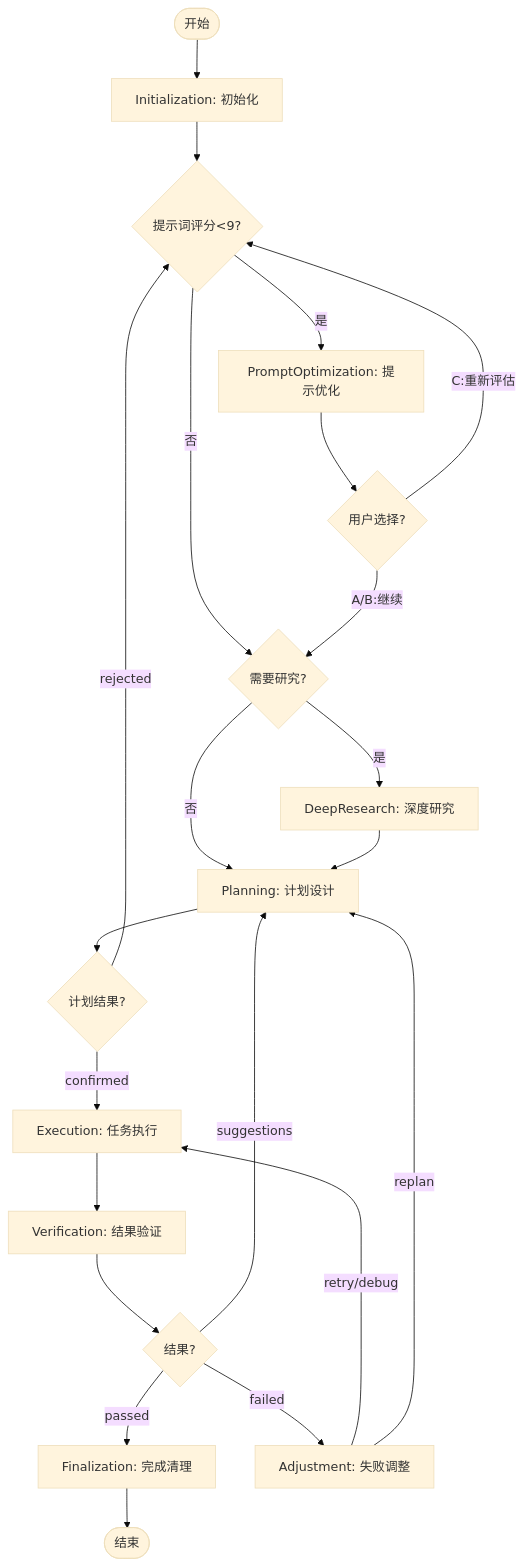
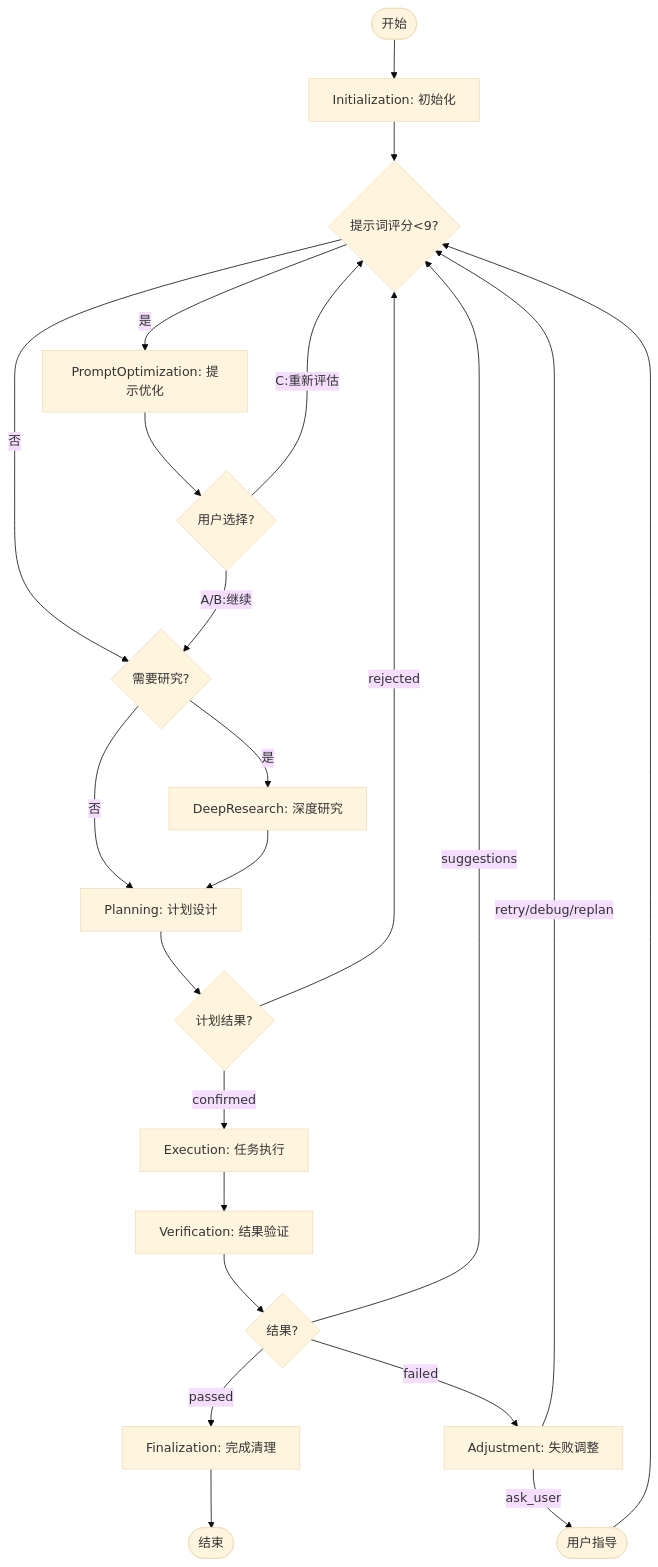
Before and after one commit to lazygophers/ccplugin: the diagram in plugins/tools/task/skills/loop/detailed-flow.md, drawn with Mermaid (base theme). The commit also changed other lines of this file and 16 other files, not shown here.

````diff
--- a/plugins/tools/task/skills/loop/detailed-flow.md
+++ b/plugins/tools/task/skills/loop/detailed-flow.md
@@ -21,24 +21,24 @@
 ```mermaid
 flowchart TD
     Start([开始]) --> Init[Initialization: 初始化]
     Init --> PromptOpt{提示词评分<9?}
     PromptOpt -->|是| PO[PromptOptimization: 提示优化]
     PromptOpt -->|否| DeepRes{需要研究?}
     PO --> UserChoice{用户选择?}
     UserChoice -->|A/B:继续| DeepRes
     UserChoice -->|C:重新评估| PromptOpt
     DeepRes -->|是| DR[DeepResearch: 深度研究]
     DeepRes -->|否| Plan[Planning: 计划设计]
     DR --> Plan
     Plan --> PlanResult{计划结果?}
     PlanResult -->|confirmed| Exec[Execution: 任务执行]
     PlanResult -->|rejected| PromptOpt
     Exec --> Verify[Verification: 结果验证]
     Verify --> Decision{结果?}
     Decision -->|passed| Final[Finalization: 完成清理]
-    Decision -->|suggestions| Plan
+    Decision -->|suggestions| PromptOpt
     Decision -->|failed| Adjust[Adjustment: 失败调整]
-    Adjust -->|retry/debug| Exec
-    Adjust -->|replan| Plan
+    Adjust -->|retry/debug/replan| PromptOpt
+    Adjust -->|ask_user| User([用户指导]) --> PromptOpt
     Final --> End([结束])
 ```
````
